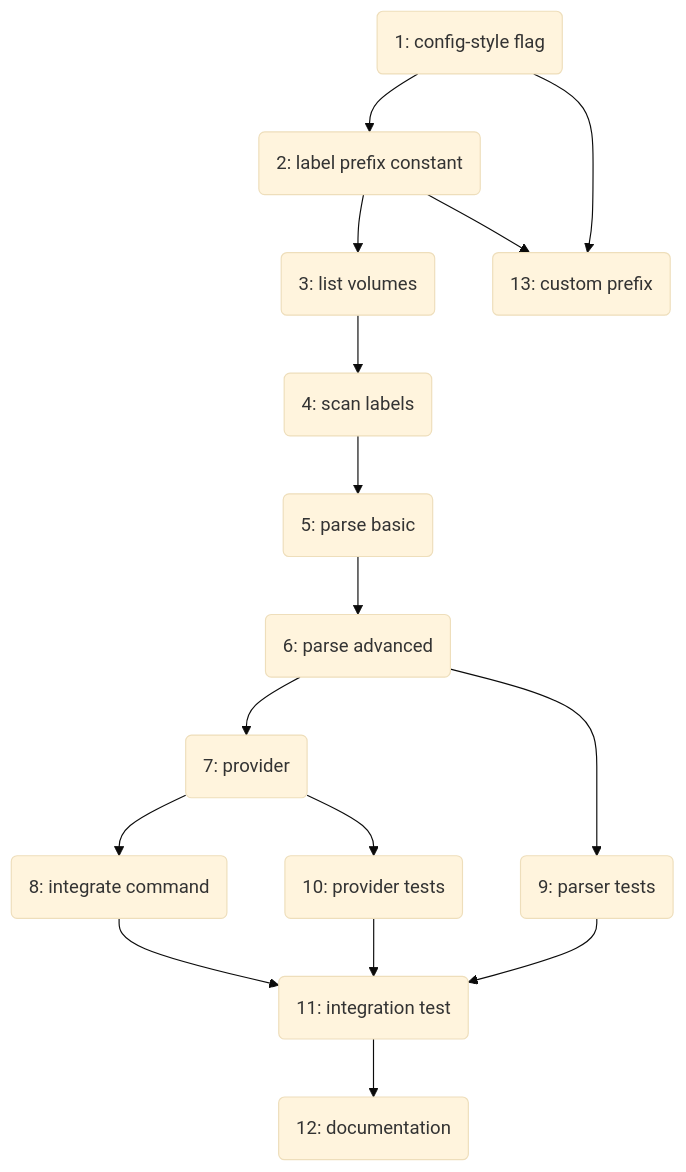
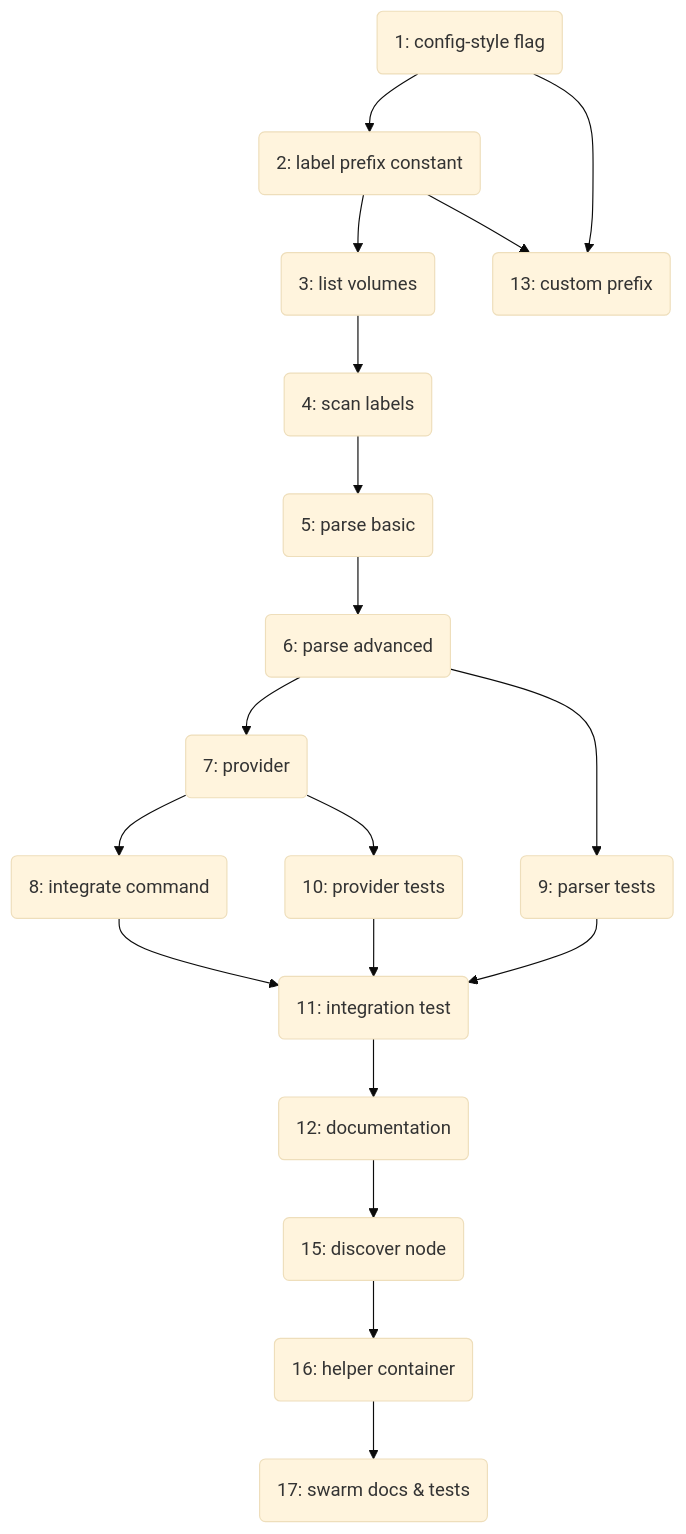
The diagram in ISSUE_PLAN.md (simone-viozzi/docker-volume-backup), drawn with Mermaid (base theme) before and after one commit. The commit also changed other lines of this file and 4 other files, not shown here.

````diff
--- a/ISSUE_PLAN.md
+++ b/ISSUE_PLAN.md
@@ -158,18 +188,21 @@
 ```mermaid
 graph TD
     I1("1: config-style flag") --> I2("2: label prefix constant")
     I2 --> I3("3: list volumes")
     I3 --> I4("4: scan labels")
     I4 --> I5("5: parse basic")
     I5 --> I6("6: parse advanced")
     I6 --> I7("7: provider")
     I7 --> I8("8: integrate command")
     I6 --> I9("9: parser tests")
     I7 --> I10("10: provider tests")
     I8 --> I11("11: integration test")
     I9 --> I11
     I10 --> I11
     I11 --> I12("12: documentation")
     I1 --> I13("13: custom prefix")
     I2 --> I13
+    I12 --> I15("15: discover node")
+    I15 --> I16("16: helper container")
+    I16 --> I17("17: swarm docs & tests")
 ```
````
